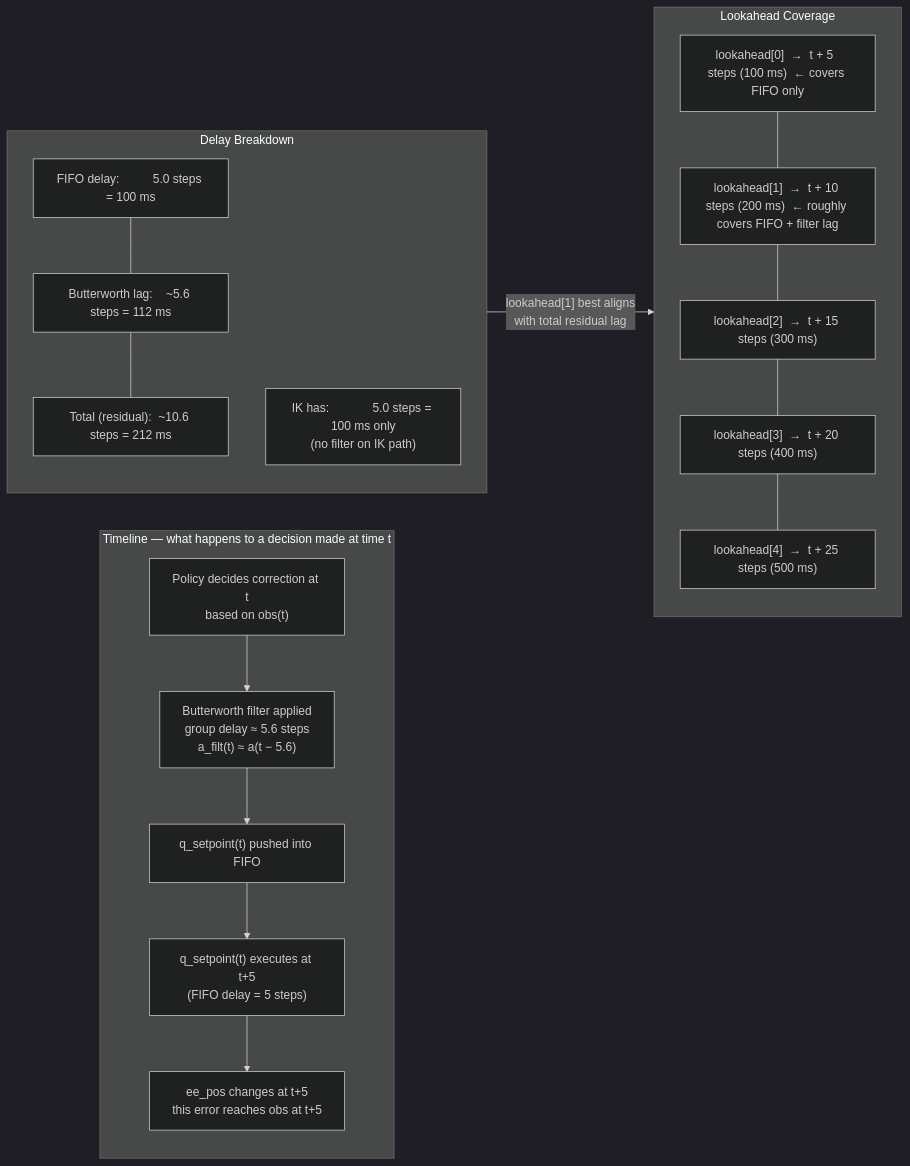
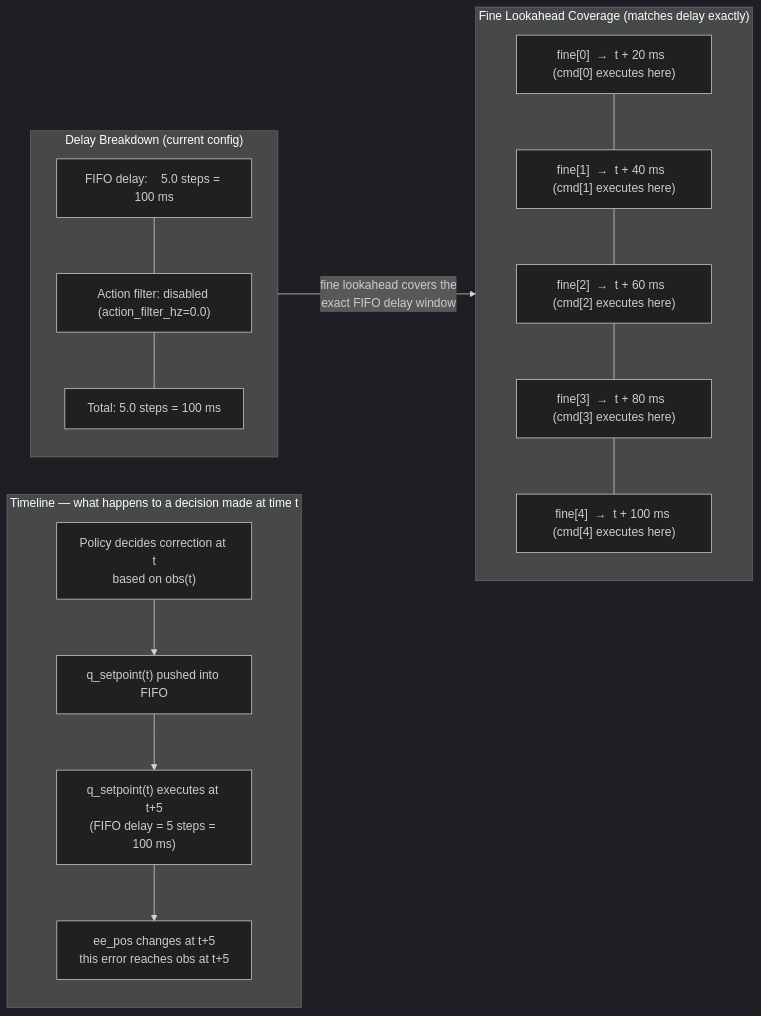
Before and after one commit to isaac0804/franka-ee-tracking: the third of 3 diagrams in docs/architecture.md, drawn with Mermaid (dark theme). The commit also changed other lines of this file, not shown here.

First line of the commit message:
Update docs/architecture.md for transformer + correct obs dim

````diff
--- a/docs/architecture.md
+++ b/docs/architecture.md
@@ -135,36 +164,33 @@
 ```mermaid
 flowchart LR
     subgraph TIMELINE["Timeline — what happens to a decision made at time t"]
         direction TB
 
         PT["Policy decides correction at t\nbased on obs(t)"]
-        BW["Butterworth filter applied\ngroup delay ≈ 5.6 steps\na_filt(t) ≈ a(t − 5.6)"]
         QS["q_setpoint(t) pushed into FIFO"]
-        EX["q_setpoint(t) executes at t+5\n(FIFO delay = 5 steps)"]
+        EX["q_setpoint(t) executes at t+5\n(FIFO delay = 5 steps = 100 ms)"]
         EE["ee_pos changes at t+5\nthis error reaches obs at t+5"]
 
-        PT --> BW --> QS --> EX --> EE
+        PT --> QS --> EX --> EE
     end
 
-    subgraph BREAKDOWN["Delay Breakdown"]
+    subgraph BREAKDOWN["Delay Breakdown (current config)"]
         direction TB
-        DLY1["FIFO delay:          5.0 steps = 100 ms"]
-        DLY2["Butterworth lag:    ~5.6 steps = 112 ms"]
-        DLY3["Total (residual):  ~10.6 steps = 212 ms"]
-        DLY4["IK has:             5.0 steps = 100 ms only\n(no filter on IK path)"]
+        DLY1["FIFO delay:    5.0 steps = 100 ms"]
+        DLY2["Action filter: disabled (action_filter_hz=0.0)"]
+        DLY3["Total:         5.0 steps = 100 ms"]
         DLY1 --- DLY2 --- DLY3
-        DLY4
     end
 
-    subgraph COVERAGE["Lookahead Coverage"]
+    subgraph COVERAGE["Fine Lookahead Coverage (matches delay exactly)"]
         direction TB
-        LA0["lookahead[0]  →  t + 5  steps (100 ms)  ← covers FIFO only"]
-        LA1["lookahead[1]  →  t + 10 steps (200 ms)  ← roughly covers FIFO + filter lag"]
-        LA2["lookahead[2]  →  t + 15 steps (300 ms)"]
-        LA3["lookahead[3]  →  t + 20 steps (400 ms)"]
-        LA4["lookahead[4]  →  t + 25 steps (500 ms)"]
+        LA0["fine[0]  →  t + 20 ms  (cmd[0] executes here)"]
+        LA1["fine[1]  →  t + 40 ms  (cmd[1] executes here)"]
+        LA2["fine[2]  →  t + 60 ms  (cmd[2] executes here)"]
+        LA3["fine[3]  →  t + 80 ms  (cmd[3] executes here)"]
+        LA4["fine[4]  →  t + 100 ms (cmd[4] executes here)"]
         LA0 --- LA1 --- LA2 --- LA3 --- LA4
     end
 
-    BREAKDOWN -->|"lookahead[1] best aligns\nwith total residual lag"| COVERAGE
+    BREAKDOWN -->|"fine lookahead covers the\nexact FIFO delay window"| COVERAGE
 ```
````
